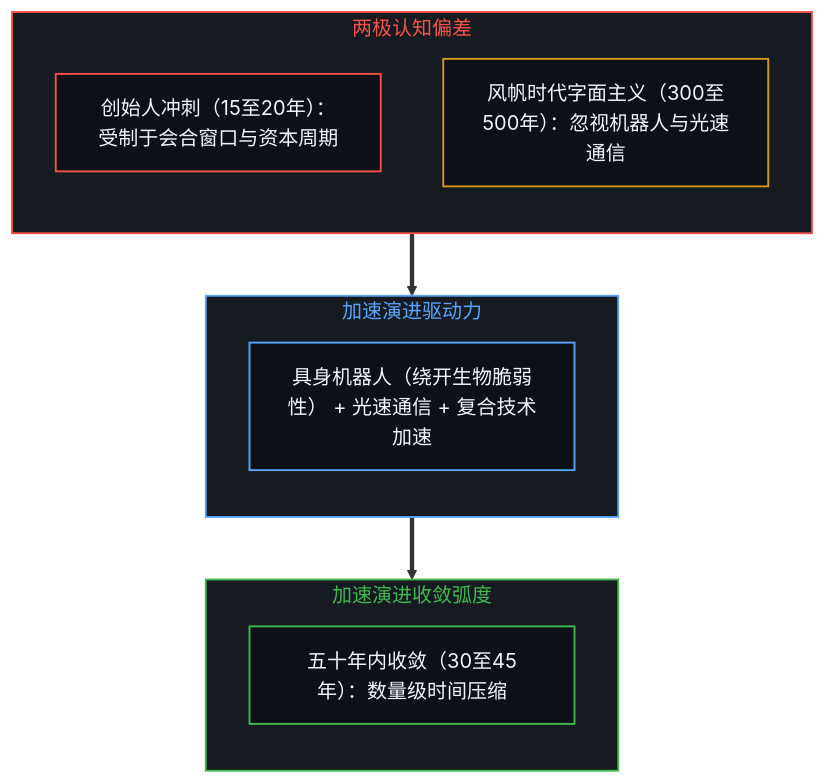
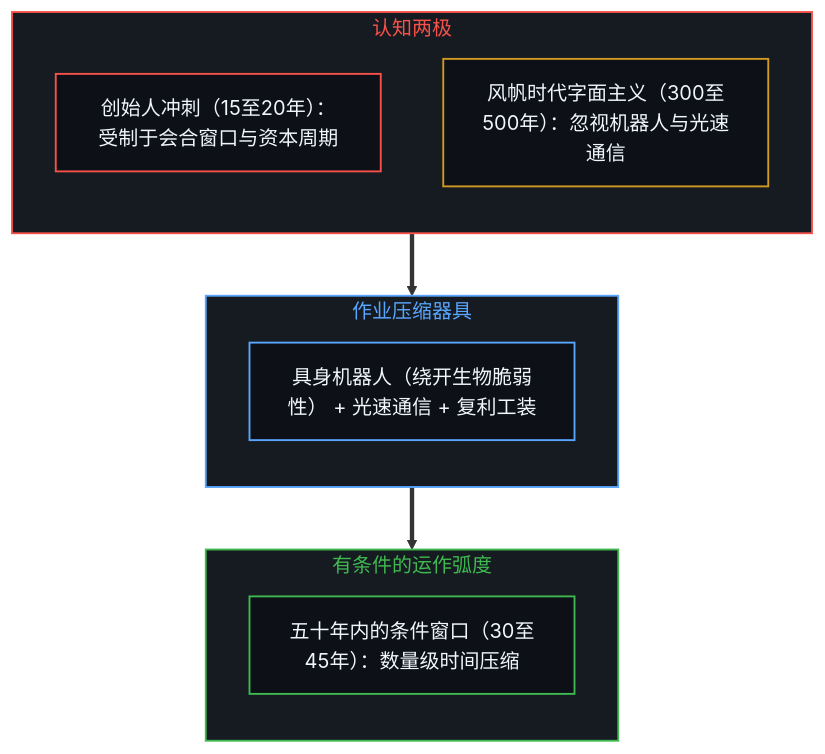
The ninth of 14 diagrams in content/posts/beyond-the-hundred-trillion-horizon.md (powerpig99/not-a-toe), drawn with Mermaid before and after one commit. The commit also changed other lines of this file and 5 other files, not shown here.

````diff
--- a/content/posts/beyond-the-hundred-trillion-horizon.md
+++ b/content/posts/beyond-the-hundred-trillion-horizon.md
@@ -347,26 +347,26 @@
 ```mermaid
 flowchart TD
     classDef default fill:#0d1117,stroke:#30363d,stroke-width:1px,color:#f0f6fc;
     classDef mind fill:#0d1117,stroke:#3fb950,stroke-width:1.5px,color:#f0f6fc;
     classDef warn fill:#0d1117,stroke:#d29922,stroke-width:1.5px,color:#f0f6fc;
     classDef fail fill:#0d1117,stroke:#f85149,stroke-width:1.5px,color:#f0f6fc;
     classDef model fill:#0d1117,stroke:#58a6ff,stroke-width:1.5px,color:#f0f6fc;
-    subgraph S_EXTREMES_ZH ["两极认知偏差"]
+    subgraph S_EXTREMES_ZH ["认知两极"]
         direction TB
         SPRINT["创始人冲刺（15至20年）：受制于会合窗口与资本周期"]:::fail
         SAIL["风帆时代字面主义（300至500年）：忽视机器人与光速通信"]:::warn
     end
-    subgraph S_DRIVERS_ZH ["加速演进驱动力"]
+    subgraph S_DRIVERS_ZH ["作业压缩器具"]
         direction TB
-        ACCEL["具身机器人（绕开生物脆弱性） + 光速通信 + 复合技术加速"]:::model
+        ACCEL["具身机器人（绕开生物脆弱性） + 光速通信 + 复利工装"]:::model
     end
-    subgraph S_REALITY_ZH ["加速演进收敛弧度"]
+    subgraph S_REALITY_ZH ["有条件的运作弧度"]
         direction TB
-        WINDOW["五十年内收敛（30至45年）：数量级时间压缩"]:::mind
+        WINDOW["五十年内的条件窗口（30至45年）：数量级时间压缩"]:::mind
     end
     S_EXTREMES_ZH ==> S_DRIVERS_ZH
     S_DRIVERS_ZH ==> S_REALITY_ZH
     style S_EXTREMES_ZH fill:#161b22,stroke:#f85149,stroke-width:1.5px,color:#f85149
     style S_DRIVERS_ZH fill:#161b22,stroke:#58a6ff,stroke-width:1.5px,color:#58a6ff
     style S_REALITY_ZH fill:#161b22,stroke:#3fb950,stroke-width:1.5px,color:#3fb950
 ```
````
